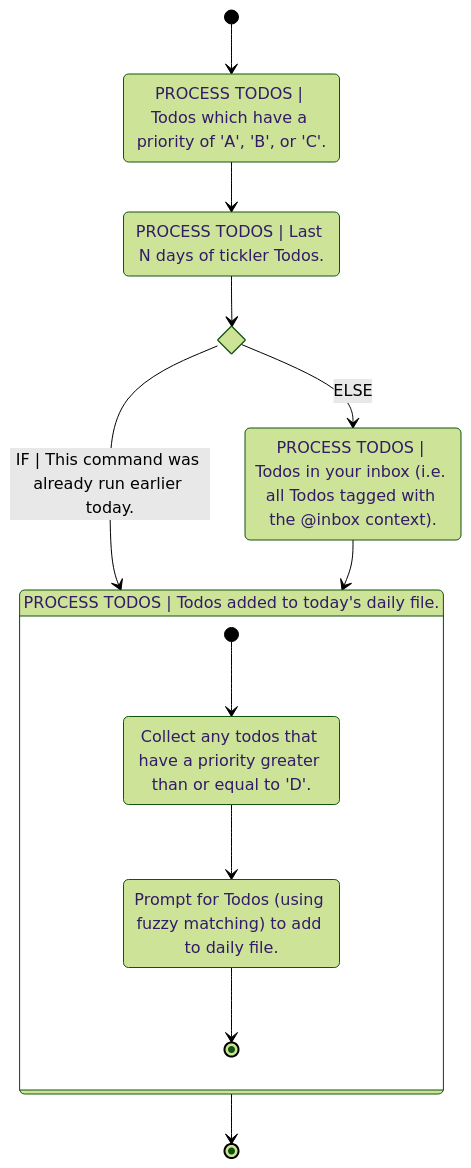
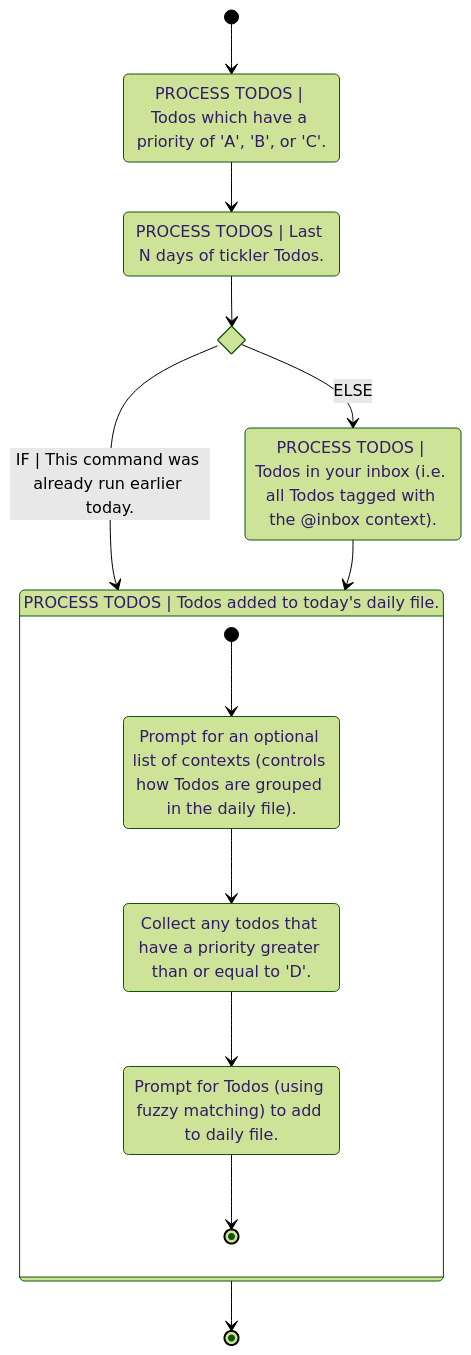
Before and after one commit to bbugyi200/greatday: the first of 4 diagrams in docs/design/design.template.md, drawn with Mermaid (forest theme). The commit also changed other lines of this file and 4 other files, not shown here.

Commit message:
Update diagrams

````diff
--- a/docs/design/design.template.md
+++ b/docs/design/design.template.md
@@ -9,25 +9,27 @@
 ```mermaid
 stateDiagram-v2
     state if_run_today <<choice>>
 
+    collect_daily_fuzzy: Prompt for Todos (using fuzzy matching) to add to daily file.
+    collect_daily_priority_D: Collect any todos that have a priority greater than or equal to 'D'.
+    get_daily_contexts: Prompt for an optional list of contexts (controls how Todos are grouped in the daily file).
+    inbox: PROCESS TODOS | Todos in your inbox (i.e. all Todos tagged with the @inbox context).
     process_ABC_priority: PROCESS TODOS | Todos which have a priority of 'A', 'B', or 'C'.
     process_daily: PROCESS TODOS | Todos added to today's daily file.
-    collect_daily_fuzzy: Prompt for Todos (using fuzzy matching) to add to daily file.
-    collect_daily_priority_D: Collect any todos that have a priority greater than or equal to 'D'.
     process_ticklers: PROCESS TODOS | Last N days of tickler Todos.
-    inbox: PROCESS TODOS | Todos in your inbox (i.e. all Todos tagged with the @inbox context).
 
     state process_daily {
-        [*] --> collect_daily_priority_D
+        [*] --> get_daily_contexts
+        get_daily_contexts --> collect_daily_priority_D
         collect_daily_priority_D --> collect_daily_fuzzy
         collect_daily_fuzzy --> [*]
     }
 
     [*] --> process_ABC_priority
     process_ABC_priority --> process_ticklers
     process_ticklers --> if_run_today
     if_run_today --> process_daily: IF | This command was already run earlier today.
     if_run_today --> inbox: ELSE
     inbox --> process_daily
     process_daily --> [*]
 ```
````
